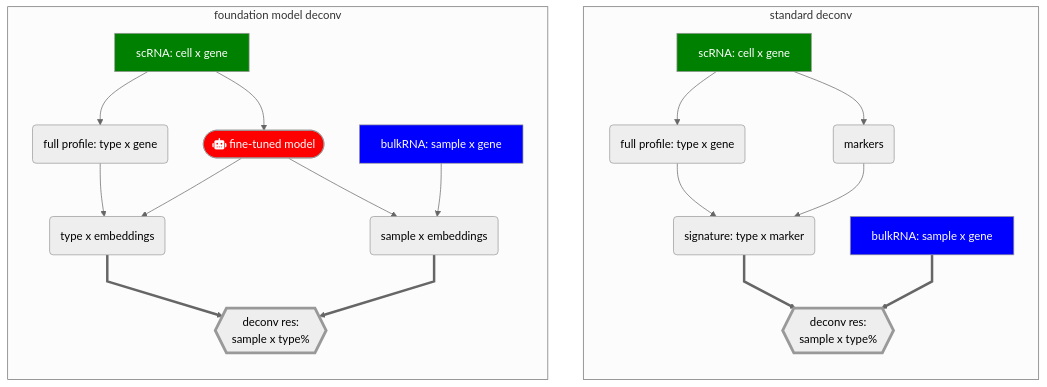
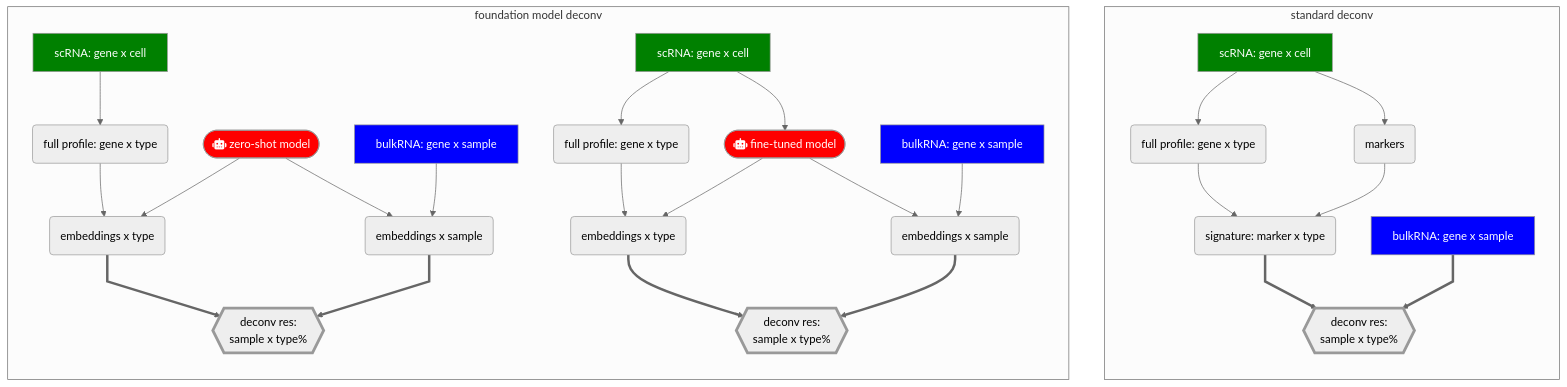
The diagram in README.md (Eastmanmd/DECONVersation), drawn with Mermaid before and after one commit.

Commit message:
Update flowchart for deconvolution models in README

````diff
--- a/README.md
+++ b/README.md
@@ -14,42 +14,57 @@
 ```mermaid
 ---
 config:
   theme: 'neutral'
 ---
 flowchart
     subgraph ide1 [standard deconv]
     direction TB 
-    A[scRNA: cell x gene] --> B(full profile: type x gene)
-    A[scRNA: cell x gene] --> C(markers)
-    D[bulkRNA: sample x gene]
-    B --> F(signature: type x marker)
+    A[scRNA: gene x cell] --> B(full profile: gene x type)
+    A[scRNA: gene x cell] --> C(markers)
+    D[bulkRNA: gene x sample]
+    B --> F(signature: marker x type)
     C --> F
     F bb@==> E
     D db@==> E{{deconv res:
     sample x type%}}
     end
     subgraph ide2 [foundation model deconv]
     direction TB
-    A1[scRNA: cell x gene] --> B1(full profile: type x gene)
-    A1[scRNA: cell x gene] --> C1([fa:fa-robot fine-tuned model])
-    B1 --> F1(type x embeddings)
-    C1 --> F1
-    D1[bulkRNA: sample x gene] --> G1(sample x embeddings)
-    C1 --> G1
+    A1[scRNA: gene x cell] --> B1(full profile: gene x type)
+    C2([fa:fa-robot zero-shot model]) --> F1(embeddings x type)
+    C2 --> G1
+    B1 --> F1(embeddings x type)
+    D1[bulkRNA: gene x sample] --> G1(embeddings x sample)
     F1 f1b@==> E1{{deconv res:
     sample x type%}}
     G1 g1b@==> E1
+    end
+    subgraph ide2 [foundation model deconv]
+    direction TB
+    A3[scRNA: gene x cell] --> B3(full profile: gene x type)
+    A3[scRNA: gene x cell] --> C3([fa:fa-robot fine-tuned model])
+    B3 --> F3(embeddings x type)
+    C3 --> F3
+    D3[bulkRNA: gene x sample] --> G3(embeddings x sample)
+    C3 --> G3
+    F3 f1b@==> E3{{deconv res:
+    sample x type%}}
+    G3 g1b@==> E3
     end
 
 bb@{ curve: linear }
 db@{ curve: linear }
 f1b@{ curve: linear }
 g1b@{ curve: linear }
 style A fill:green,color:#fff
 style A1 fill:green,color:#fff
+style A3 fill:green,color:#fff
 style D fill:blue,color:#fff
 style D1 fill:blue,color:#fff
-style C1 fill:red,color:#fff
+style D3 fill:blue,color:#fff
+style C2 fill:red,color:#fff
+style C3 fill:red,color:#fff
 style E stroke-width:4px
 style E1 stroke-width:4px
+style E3 stroke-width:4px
 ```
````
